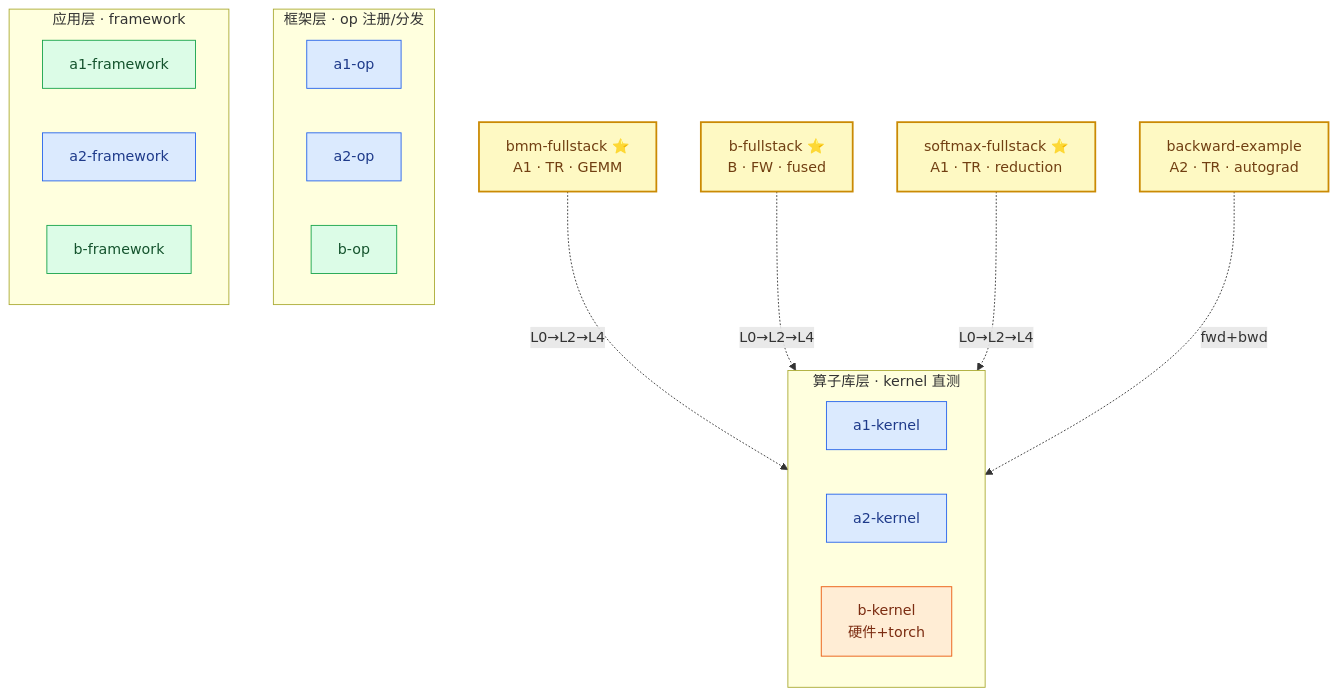
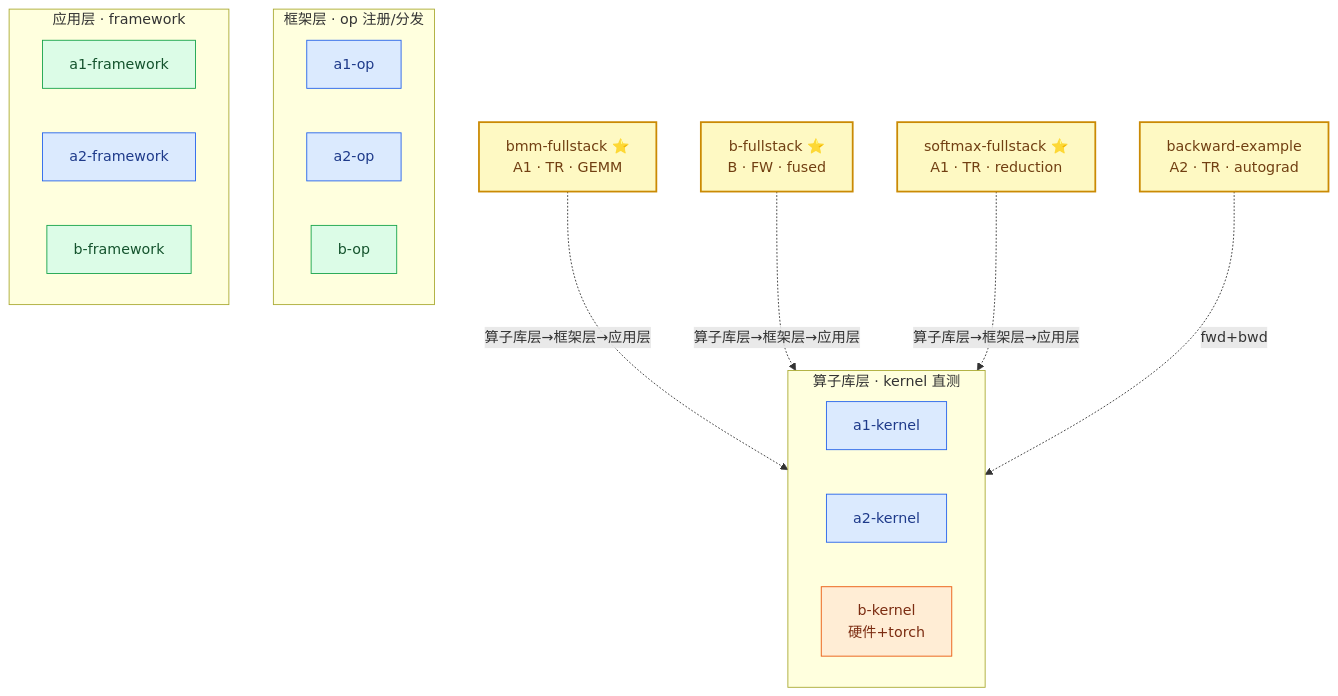
One commit to FLAG-OP/FlagOS-OP changed the diagram in examples/README.md. Above: the diagram before and after it, drawn with Mermaid. The commit also changed other lines of this file and 12 other files, not shown here.

````diff
--- a/examples/README.md
+++ b/examples/README.md
@@ -8,36 +8,36 @@
 ```mermaid
 flowchart TB
     classDef tr fill:#dbeafe,stroke:#2563eb,color:#1e3a8a
     classDef fw fill:#dcfce7,stroke:#16a34a,color:#14532d
     classDef hw fill:#ffedd5,stroke:#ea580c,color:#7c2d12
     classDef fs fill:#fef9c3,stroke:#ca8a04,stroke-width:2px,color:#713f12
 
     subgraph L0["算子库层 · kernel 直测"]
         direction LR
         A1K["a1-kernel"]:::tr
         A2K["a2-kernel"]:::tr
         BK["b-kernel<br/>硬件+torch"]:::hw
     end
     subgraph L2["框架层 · op 注册/分发"]
         direction LR
         A1O["a1-op"]:::tr
         A2O["a2-op"]:::tr
         BO["b-op"]:::fw
     end
     subgraph L4["应用层 · framework"]
         direction LR
         A1F["a1-framework"]:::fw
         A2F["a2-framework"]:::tr
         BF["b-framework"]:::fw
     end
 
     BMM["bmm-fullstack ⭐<br/>A1 · TR · GEMM"]:::fs
     BFS["b-fullstack ⭐<br/>B · FW · fused"]:::fs
     SMX["softmax-fullstack ⭐<br/>A1 · TR · reduction"]:::fs
     BWD["backward-example<br/>A2 · TR · autograd"]:::fs
 
-    BMM -. "L0→L2→L4" .-> A1K
-    BFS -. "L0→L2→L4" .-> BK
-    SMX -. "L0→L2→L4" .-> A1K
+    BMM -. "算子库层→框架层→应用层" .-> A1K
+    BFS -. "算子库层→框架层→应用层" .-> BK
+    SMX -. "算子库层→框架层→应用层" .-> A1K
     BWD -. "fwd+bwd" .-> A2K
 ```
````
